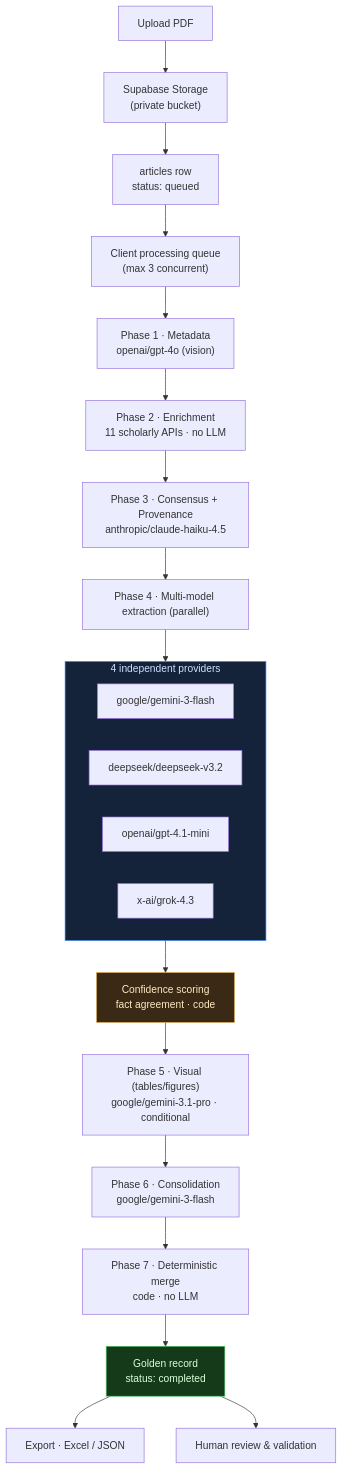
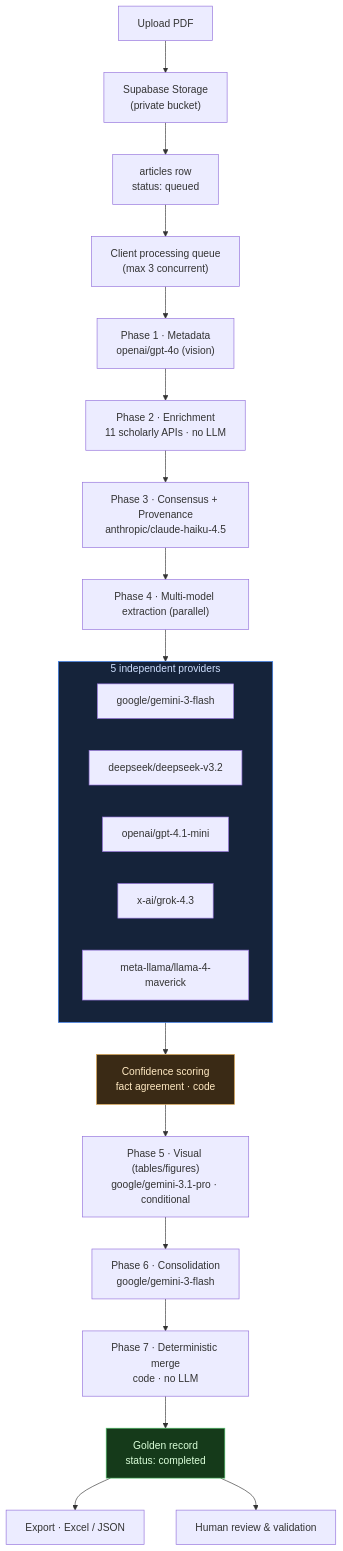
One commit to pedrobaseivoa/Infinity_Research changed the diagram in README.md. Above: the diagram before and after it, drawn with Mermaid. The commit also changed other lines of this file and 7 other files, not shown here.

Commit message:
feat: add meta-llama/llama-4-maverick as 5th model in phase 4 (consensus); update docs

````diff
--- a/README.md
+++ b/README.md
@@ -45,31 +45,32 @@
 ```mermaid
 flowchart TD
     U["Upload PDF"] --> ST["Supabase Storage<br/>(private bucket)"]
     ST --> ROW["articles row<br/>status: queued"]
     ROW --> Q["Client processing queue<br/>(max 3 concurrent)"]
 
     Q --> P1["Phase 1 · Metadata<br/>openai/gpt-4o (vision)"]
     P1 --> P2["Phase 2 · Enrichment<br/>11 scholarly APIs · no LLM"]
     P2 --> P3["Phase 3 · Consensus + Provenance<br/>anthropic/claude-haiku-4.5"]
     P3 --> P4["Phase 4 · Multi-model extraction (parallel)"]
 
-    subgraph P4M ["4 independent providers"]
+    subgraph P4M ["5 independent providers"]
         M1["google/gemini-3-flash"]
         M2["deepseek/deepseek-v3.2"]
         M3["openai/gpt-4.1-mini"]
         M4["x-ai/grok-4.3"]
+        M5["meta-llama/llama-4-maverick"]
     end
     P4 --> P4M --> CS["Confidence scoring<br/>fact agreement · code"]
 
     CS --> P5["Phase 5 · Visual (tables/figures)<br/>google/gemini-3.1-pro · conditional"]
     P5 --> P6["Phase 6 · Consolidation<br/>google/gemini-3-flash"]
     P6 --> P7["Phase 7 · Deterministic merge<br/>code · no LLM"]
     P7 --> GR["Golden record<br/>status: completed"]
 
     GR --> EX["Export · Excel / JSON"]
     GR --> RV["Human review & validation"]
 
     style P4M fill:#15233a,stroke:#3b82f6,color:#cfe0ff
     style GR fill:#153a1a,stroke:#52c46a,color:#daffd9
     style CS fill:#3a2a15,stroke:#e0a852,color:#ffe9c2
 ```
````
